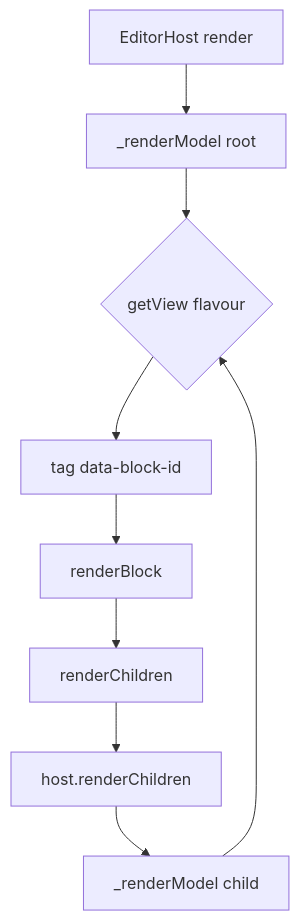
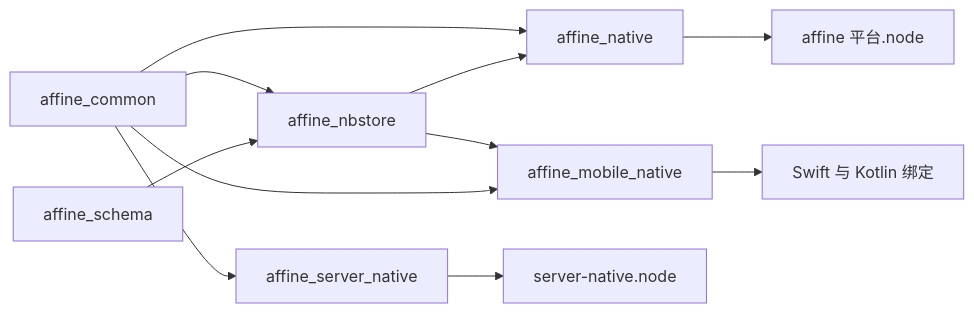
One commit to lfire/AFFiNE changed the third of 3 diagrams in learning-guide/slides/decks/13.md. Above: the diagram before and after it, drawn with Mermaid. The commit also changed other lines of this file and 73 other files, not shown here.

````diff
--- a/learning-guide/slides/decks/13.md
+++ b/learning-guide/slides/decks/13.md
@@ -250,11 +347,13 @@
 ```mermaid
-flowchart TD
-  H["EditorHost render"] --> R["_renderModel root"]
-  R --> V{"getView flavour"}
-  V --> T["tag data-block-id"]
-  T --> BC["renderBlock"]
-  BC --> RC["renderChildren"]
-  RC --> HR["host.renderChildren"]
-  HR --> R2["_renderModel child"]
-  R2 --> V
+flowchart LR
+  common["affine_common"] --> servernative["affine_server_native"]
+  common --> nbstoreRs["affine_nbstore"]
+  common --> native["affine_native"]
+  schema["affine_schema"] --> nbstoreRs
+  nbstoreRs --> native
+  nbstoreRs --> mobile["affine_mobile_native"]
+  common --> mobile
+  servernative --> jsS["server-native.node"]
+  native --> jsN["affine 平台.node"]
+  mobile --> swift["Swift 与 Kotlin 绑定"]
 ```
````
